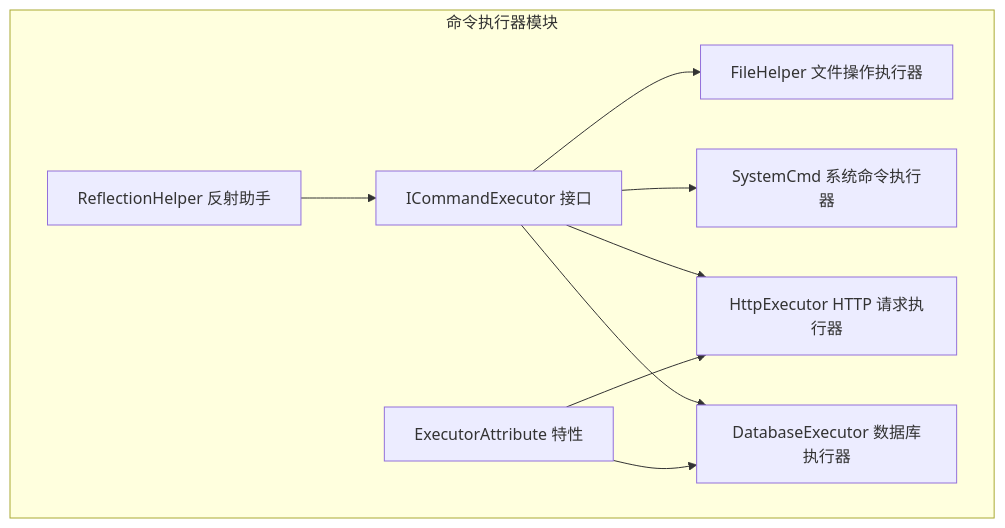
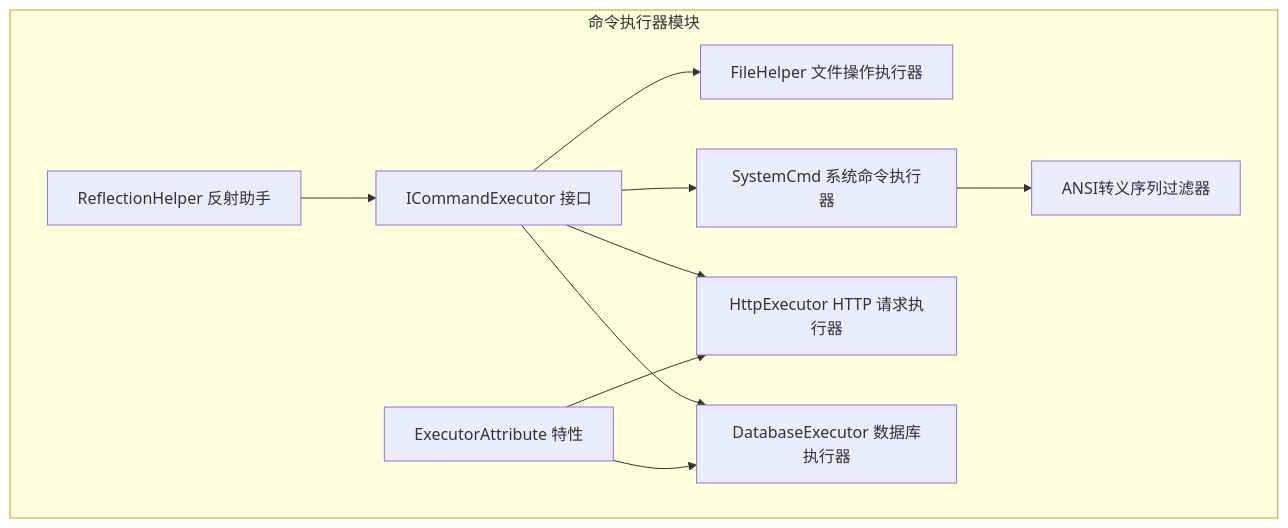
The first of 8 diagrams in .qoder/repowiki/zh/content/工具库详解/命令执行器.md (Sosososolong/AirGo), drawn with Mermaid before and after one commit. The commit also changed other lines of this file and 14 other files, not shown here.

````diff
--- a/.qoder/repowiki/zh/content/工具库详解/命令执行器.md
+++ b/.qoder/repowiki/zh/content/工具库详解/命令执行器.md
@@ -51,19 +52,21 @@
 ```mermaid
 graph TB
 subgraph "命令执行器模块"
 iface["ICommandExecutor 接口"]
 file["FileHelper 文件操作执行器"]
 sys["SystemCmd 系统命令执行器"]
 http["HttpExecutor HTTP 请求执行器"]
 db["DatabaseExecutor 数据库执行器"]
 attr["ExecutorAttribute 特性"]
 rh["ReflectionHelper 反射助手"]
+ansi["ANSI转义序列过滤器"]
 end
 iface --> file
 iface --> sys
 iface --> http
 iface --> db
 attr --> http
 attr --> db
 rh --> iface
+sys --> ansi
 ```
````
